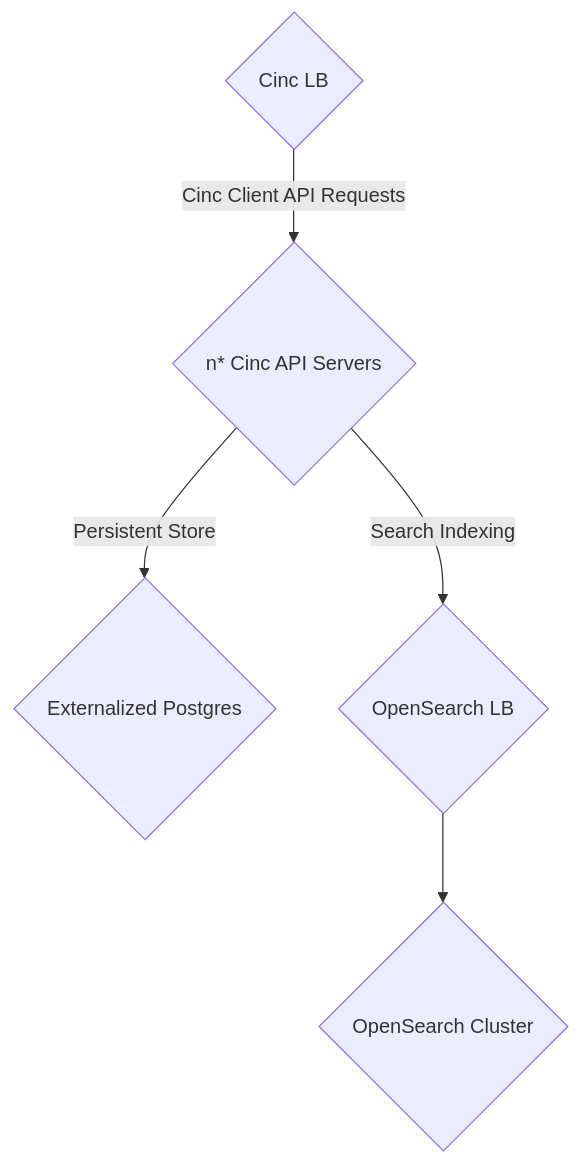
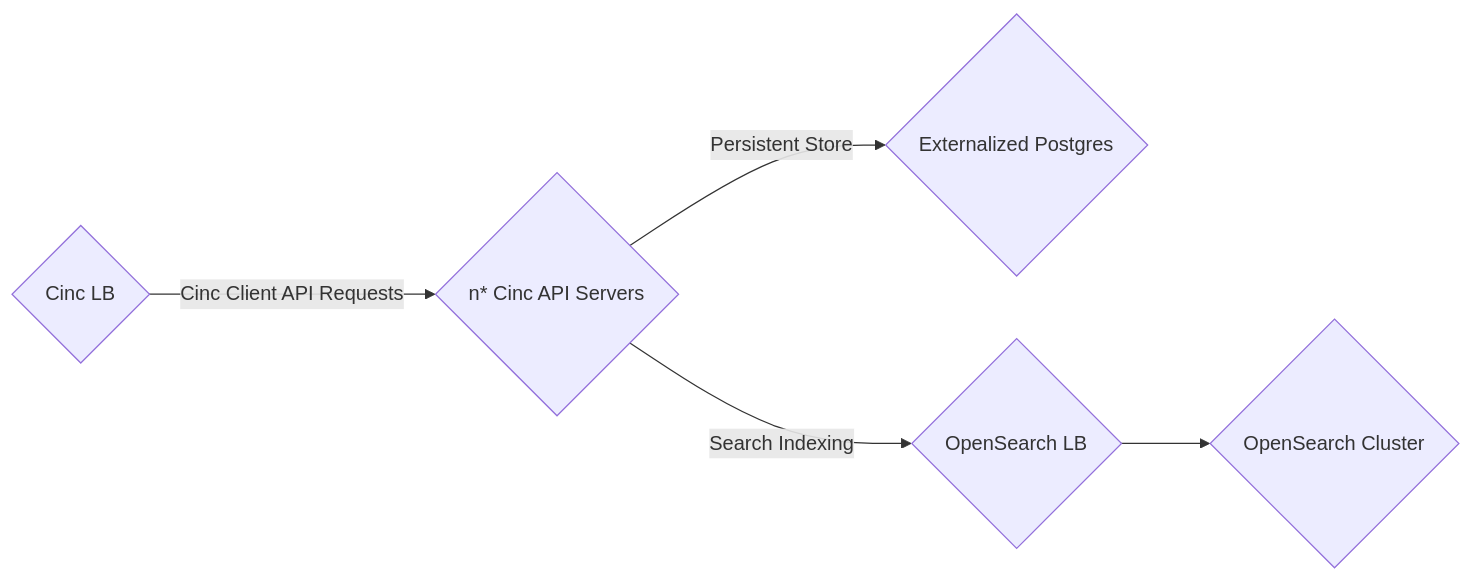
One commit to jdblack/chef_docker_k8s changed the diagram in README.md. Above: the diagram before and after it, drawn with Mermaid.

Commit message:
swing flowchart directon

````diff
--- a/README.md
+++ b/README.md
@@ -15,7 +15,7 @@
 ```mermaid
-graph TD;
+graph LR;
     A{Cinc LB} -->|Cinc Client API Requests| B{n* Cinc API Servers}
        B --> | Persistent Store| C{Externalized Postgres}
        B --> | Search Indexing| D{OpenSearch LB}
     D --> E{OpenSearch Cluster}
 ```
````
